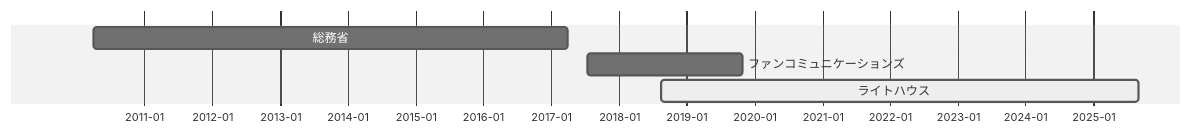
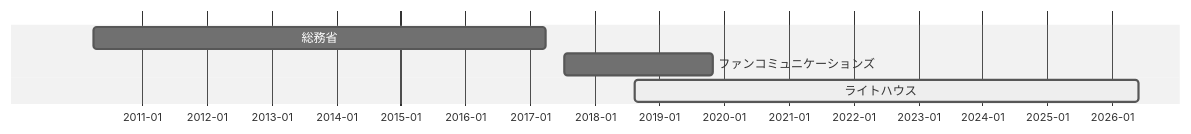
Before and after one commit to iHideck/resume: the diagram in README.md, drawn with Mermaid (neutral theme). The commit also changed other lines of this file, not shown here.

Commit message:
feat: 在職期間の更新

````diff
--- a/README.md
+++ b/README.md
@@ -22,9 +22,9 @@
 ```mermaid
 gantt
     dateFormat YYYY-MM-DD
     axisFormat  %Y-%m
     tickInterval 12month
     総務省 :job1, 2010-04-01,2017-03-31
     ファンコミュニケーションズ　:job2, 2017-07-15,2019-10-31
-    ライトハウス　: active, job3, 2018-08-15, 2025-08-31
+    ライトハウス　: active, job3, 2018-08-15, 2026-05-31
 ```
````
